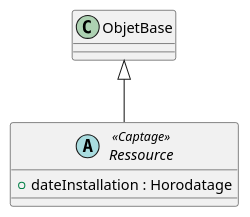
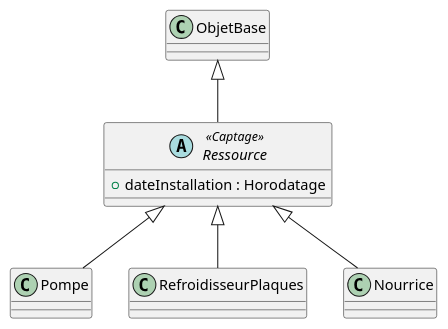
Before and after one commit to beerfactory/brewbox-uml: the diagram in ressource.iuml, drawn with PlantUML. The commit also changed 5 other files, not shown here.

```diff
--- a/ressource.iuml
+++ b/ressource.iuml
@@ -1,5 +1,8 @@
 abstract class Ressource  <<Captage>> {
     + dateInstallation : Horodatage
 }
 
 ObjetBase <|-- Ressource
+Ressource <|-- Pompe
+Ressource <|-- RefroidisseurPlaques
+Ressource <|-- Nourrice
```
